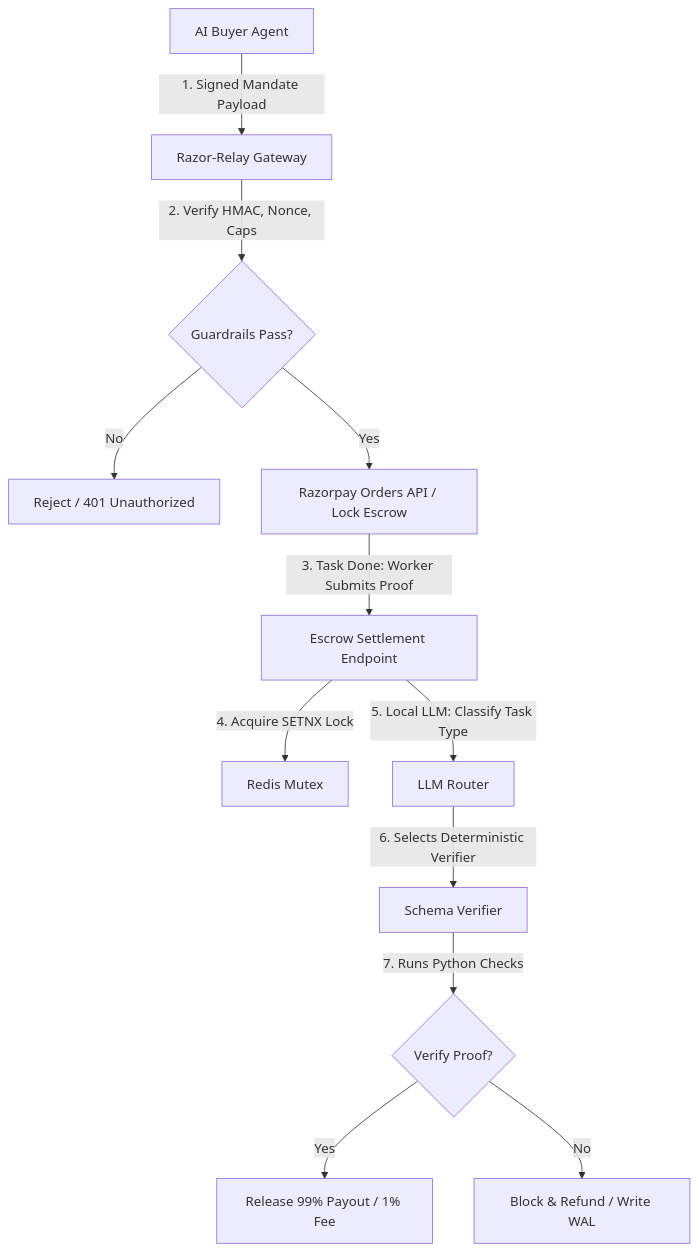
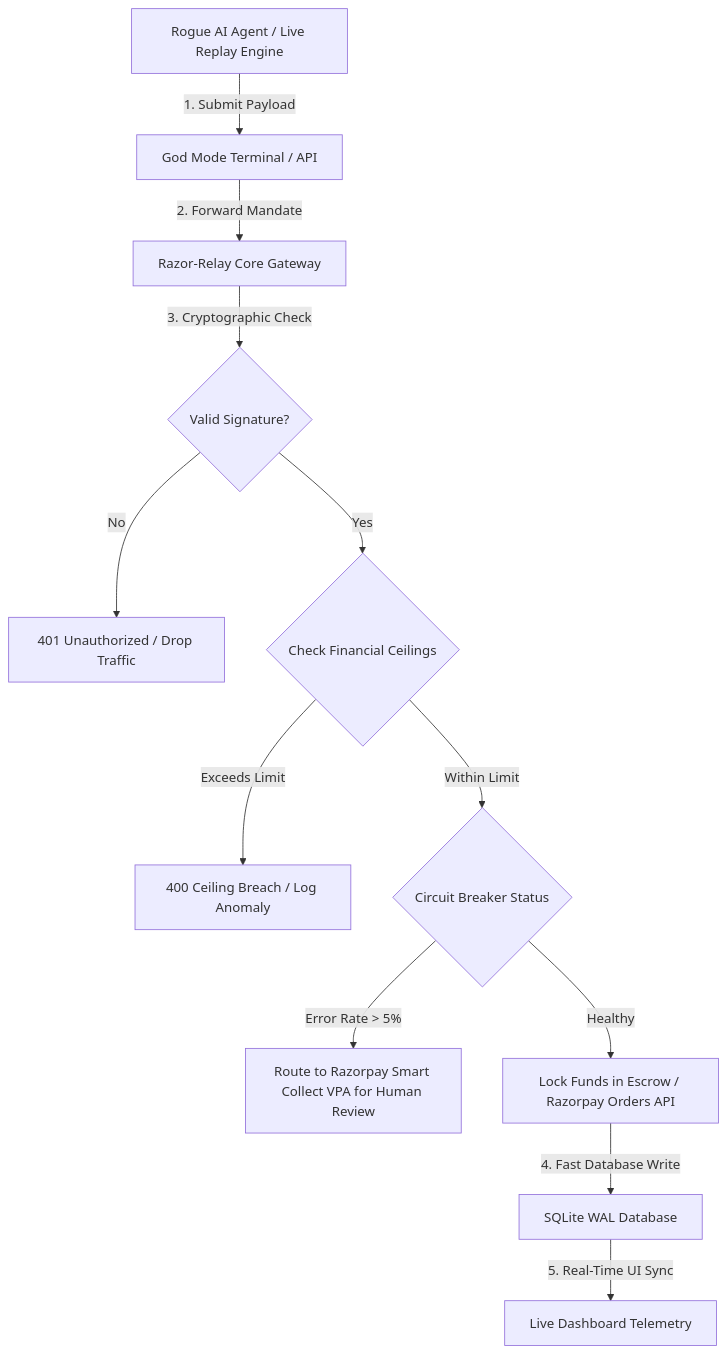
Before and after one commit to MaybeSomeone-arc18/Razor-Relay: the diagram in README.md, drawn with Mermaid. The commit also changed other lines of this file, not shown here.

Commit message:
docs: Rewrite README from student perspective with economics and updated architecture

````diff
--- a/README.md
+++ b/README.md
@@ -20,14 +29,14 @@
 ```mermaid
 graph TD
-    A[AI Buyer Agent] -->|1. Signed Mandate Payload| B[Razor-Relay Gateway]
-    B -->|2. Verify HMAC, Nonce, Caps| C{Guardrails Pass?}
-    C -->|No| D[Reject / 401 Unauthorized]
-    C -->|Yes| E[Razorpay Orders API / Lock Escrow]
-    E -->|3. Task Done: Worker Submits Proof| F[Escrow Settlement Endpoint]
-    F -->|4. Acquire SETNX Lock| G[Redis Mutex]
-    F -->|5. Local LLM: Classify Task Type| H[LLM Router]
-    H -->|6. Selects Deterministic Verifier| I[Schema Verifier]
-    I -->|7. Runs Python Checks| J{Verify Proof?}
-    J -->|Yes| K[Release 99% Payout / 1% Fee]
-    J -->|No| L[Block & Refund / Write WAL]
+    A[Rogue AI Agent / Live Replay Engine] -->|1. Submit Payload| B[God Mode Terminal / API]
+    B -->|2. Forward Mandate| C[Razor-Relay Core Gateway]
+    C -->|3. Cryptographic Check| D{Valid Signature?}
+    D -->|No| E[401 Unauthorized / Drop Traffic]
+    D -->|Yes| F{Check Financial Ceilings}
+    F -->|Exceeds Limit| G[400 Ceiling Breach / Log Anomaly]
+    F -->|Within Limit| H{Circuit Breaker Status}
+    H -->|Error Rate > 5%| I[Route to Razorpay Smart Collect VPA for Human Review]
+    H -->|Healthy| J[Lock Funds in Escrow / Razorpay Orders API]
+    J -->|4. Fast Database Write| K[SQLite WAL Database]
+    K -->|5. Real-Time UI Sync| L[Live Dashboard Telemetry]
 ```
````
